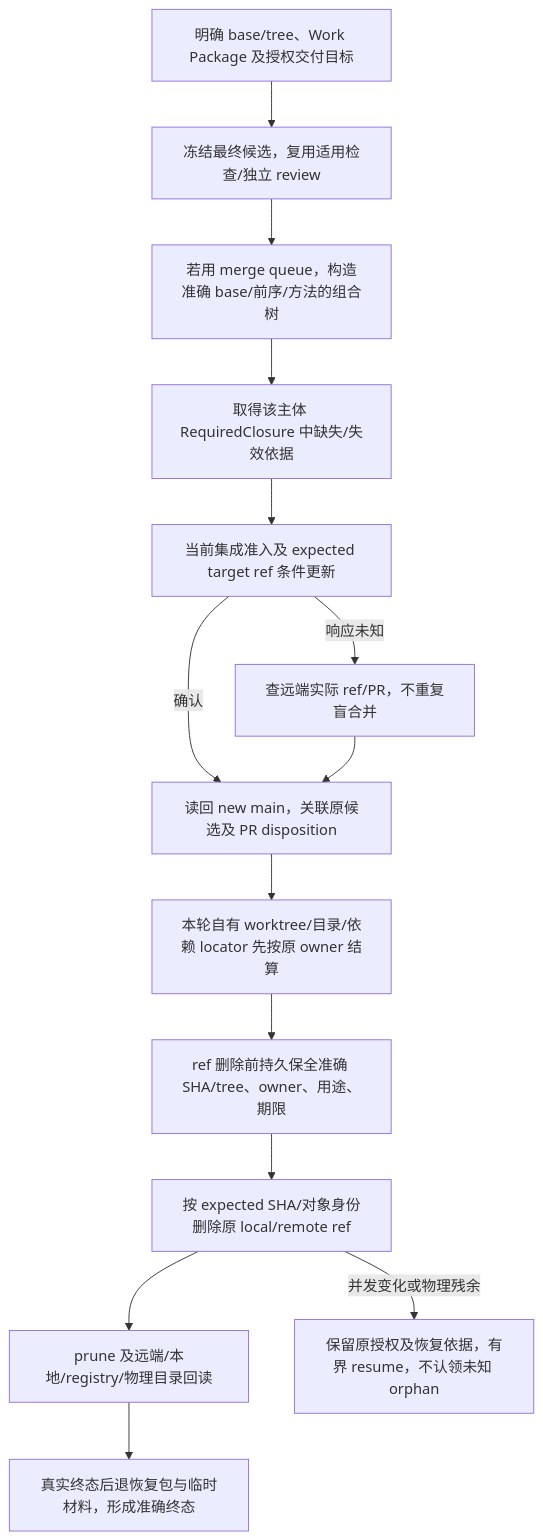
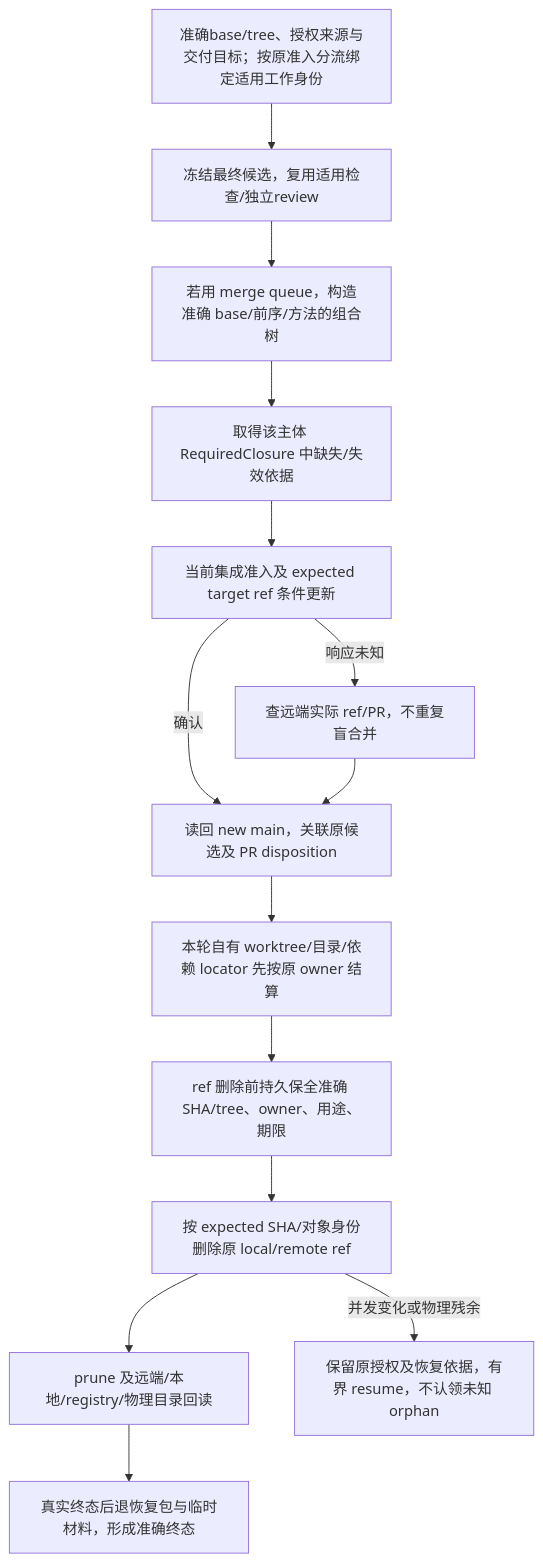
One commit to sec-platform/sec changed the seventh of 17 diagrams in docs/运行/持久化提交与恢复.md. Above: the diagram before and after it, drawn with Mermaid. The commit also changed other lines of this file and 122 other files, not shown here.

First line of the commit message:
docs: unify system diagrams and remove redundant design text (#882)

````diff
--- a/docs/运行/持久化提交与恢复.md
+++ b/docs/运行/持久化提交与恢复.md
@@ -522,16 +523,16 @@
 ```mermaid
 flowchart TB
-  candidate["明确 base/tree、Work Package 及授权交付目标"] --> freeze["冻结最终候选，复用适用检查/独立 review"]
+  candidate["准确base/tree、授权来源与交付目标；按原准入分流绑定适用工作身份"] --> freeze["冻结最终候选，复用适用检查/独立review"]
   freeze --> queue["若用 merge queue，构造准确 base/前序/方法的组合树"]
   queue --> evidence["取得该主体 RequiredClosure 中缺失/失效依据"]
   evidence --> merge["当前集成准入及 expected target ref 条件更新"]
   merge -->|响应未知| query["查远端实际 ref/PR，不重复盲合并"]
   merge -->|确认| main["读回 new main，关联原候选及 PR disposition"]
   query --> main
   main --> resources["本轮自有 worktree/目录/依赖 locator 先按原 owner 结算"]
   resources --> recovery["ref 删除前持久保全准确 SHA/tree、owner、用途、期限"]
   recovery --> cas["按 expected SHA/对象身份删除原 local/remote ref"]
   cas --> readback["prune 及远端/本地/registry/物理目录回读"]
   readback --> cleanup["真实终态后退恢复包与临时材料，形成准确终态"]
   cas -->|并发变化或物理残余| retained["保留原授权及恢复依据，有界 resume，不认领未知 orphan"]
 ```
````
